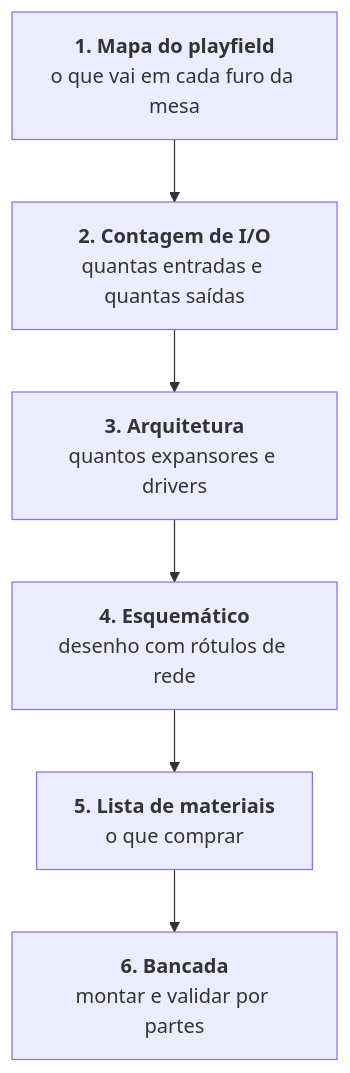
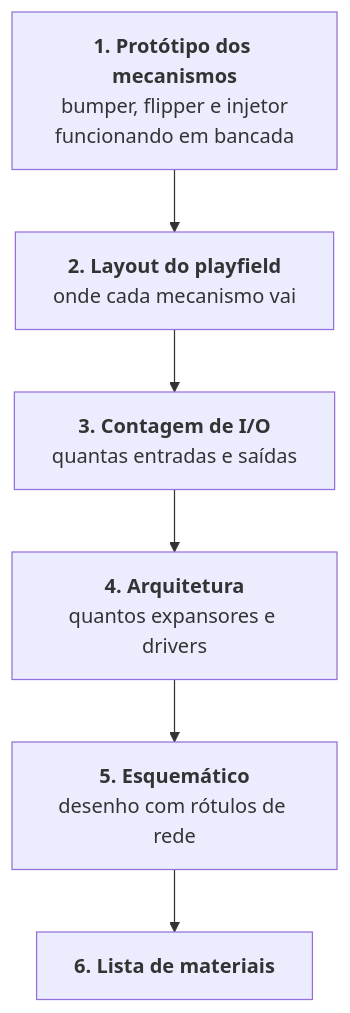
The diagram in docs/12-projeto-novo-do-circuito.md (vgguerra/PJI-II-Pinball), drawn with Mermaid before and after one commit. The commit also changed other lines of this file and 4 other files, not shown here.

````diff
--- a/docs/12-projeto-novo-do-circuito.md
+++ b/docs/12-projeto-novo-do-circuito.md
@@ -76,10 +76,10 @@
 ```mermaid
 flowchart TD
-    A["<b>1. Mapa do playfield</b><br/>o que vai em cada furo da mesa"]
-    B["<b>2. Contagem de I/O</b><br/>quantas entradas e quantas saídas"]
-    C["<b>3. Arquitetura</b><br/>quantos expansores e drivers"]
-    D["<b>4. Esquemático</b><br/>desenho com rótulos de rede"]
-    E["<b>5. Lista de materiais</b><br/>o que comprar"]
-    F["<b>6. Bancada</b><br/>montar e validar por partes"]
+    A["<b>1. Protótipo dos mecanismos</b><br/>bumper, flipper e injetor<br/>funcionando em bancada"]
+    B["<b>2. Layout do playfield</b><br/>onde cada mecanismo vai"]
+    C["<b>3. Contagem de I/O</b><br/>quantas entradas e saídas"]
+    D["<b>4. Arquitetura</b><br/>quantos expansores e drivers"]
+    E["<b>5. Esquemático</b><br/>desenho com rótulos de rede"]
+    F["<b>6. Lista de materiais</b>"]
     A --> B --> C --> D --> E --> F
 ```
````
